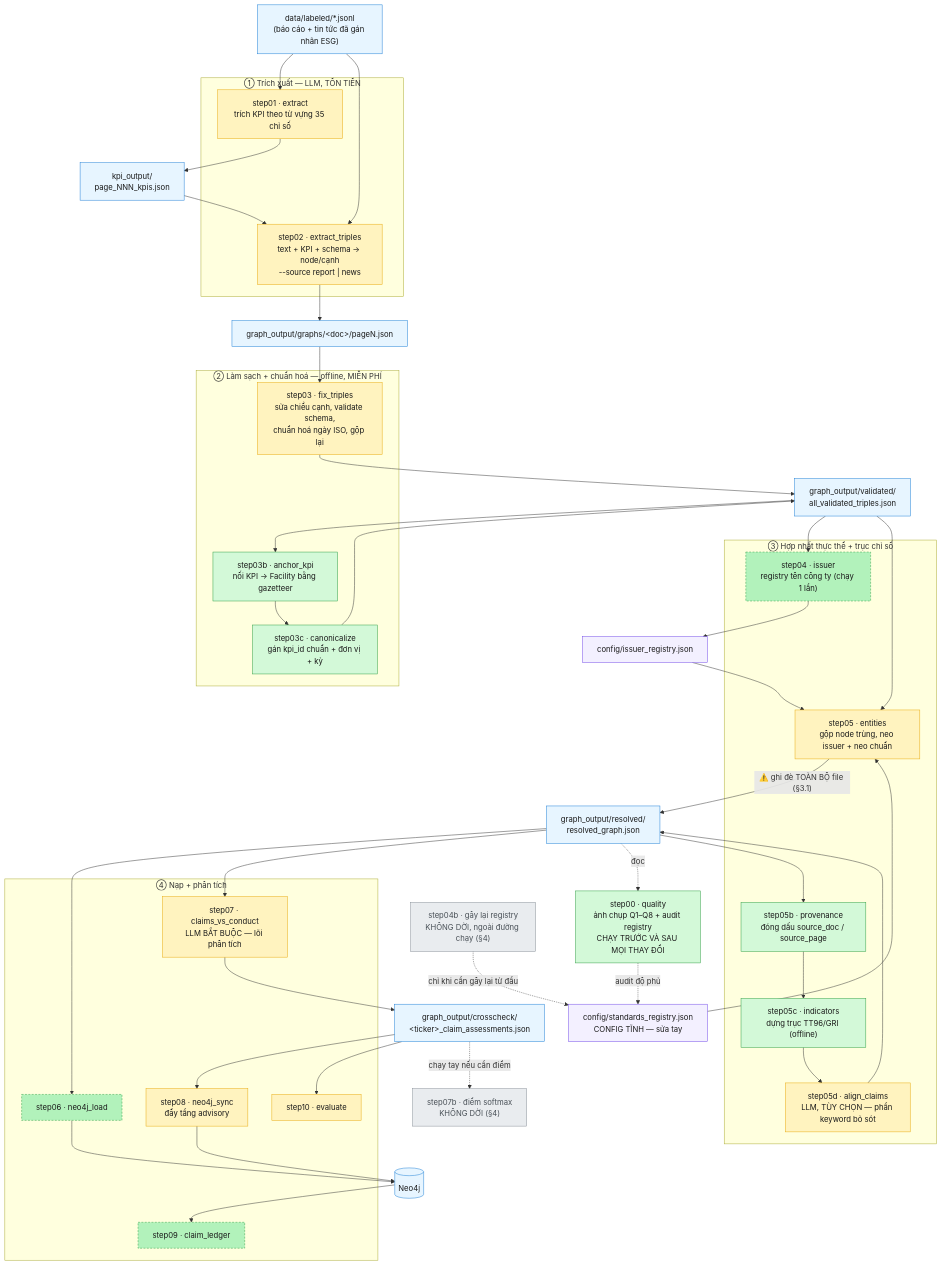
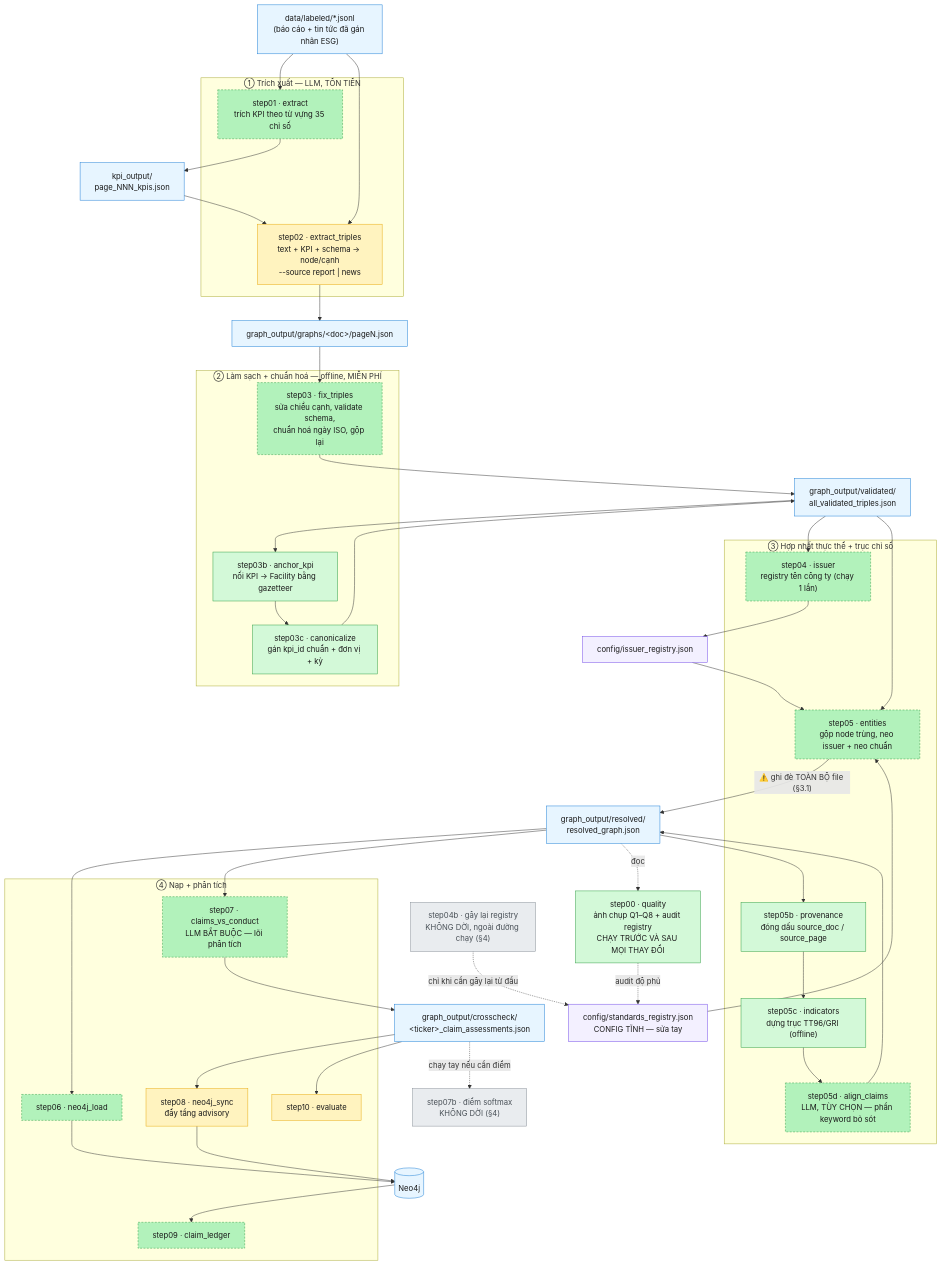
Before and after one commit to TranBaDat2607/capstone_test1: the first of 4 diagrams in src_module/PIPELINE.md, drawn with Mermaid. The commit also changed other lines of this file and 2 other files, not shown here.

First line of the commit message:
docs: record core/llm.py; fix the step01 and Gemini-provider claims

````diff
--- a/src_module/PIPELINE.md
+++ b/src_module/PIPELINE.md
@@ -21,72 +26,72 @@
 ```mermaid
 flowchart TD
     classDef migrated fill:#d3f9d8,stroke:#2f9e44,color:#1a1a1a
     classDef ready    fill:#b2f2bb,stroke:#2f9e44,stroke-dasharray:4 3,color:#1a1a1a
     classDef pending  fill:#fff3bf,stroke:#e8a90c,color:#1a1a1a
     classDef notport  fill:#e9ecef,stroke:#868e96,color:#495057
     classDef data     fill:#e7f5ff,stroke:#1c7ed6,color:#1a1a1a
     classDef cfg      fill:#f3f0ff,stroke:#7048e8,color:#1a1a1a
 
     JSONL["data/labeled/*.jsonl<br/>(báo cáo + tin tức đã gán nhãn ESG)"]:::data
 
     subgraph P1["① Trích xuất — LLM, TỐN TIỀN"]
-        S01["step01 · extract<br/>trích KPI theo từ vựng 35 chỉ số"]:::pending
+        S01["step01 · extract<br/>trích KPI theo từ vựng 35 chỉ số"]:::ready
         S02["step02 · extract_triples<br/>text + KPI + schema → node/cạnh<br/>--source report | news"]:::pending
     end
 
     KPIOUT["kpi_output/<br/>page_NNN_kpis.json"]:::data
     GRAPHS["graph_output/graphs/&lt;doc&gt;/pageN.json"]:::data
 
     subgraph P2["② Làm sạch + chuẩn hoá — offline, MIỄN PHÍ"]
-        S03["step03 · fix_triples<br/>sửa chiều cạnh, validate schema,<br/>chuẩn hoá ngày ISO, gộp lại"]:::pending
+        S03["step03 · fix_triples<br/>sửa chiều cạnh, validate schema,<br/>chuẩn hoá ngày ISO, gộp lại"]:::ready
         S03B["step03b · anchor_kpi<br/>nối KPI → Facility bằng gazetteer"]:::migrated
         S03C["step03c · canonicalize<br/>gán kpi_id chuẩn + đơn vị + kỳ"]:::migrated
     end
 
     VALID["graph_output/validated/<br/>all_validated_triples.json"]:::data
 
     subgraph P3["③ Hợp nhất thực thể + trục chỉ số"]
         S04["step04 · issuer<br/>registry tên công ty (chạy 1 lần)"]:::ready
-        S05["step05 · entities<br/>gộp node trùng, neo issuer + neo chuẩn"]:::pending
+        S05["step05 · entities<br/>gộp node trùng, neo issuer + neo chuẩn"]:::ready
         S05B["step05b · provenance<br/>đóng dấu source_doc / source_page"]:::migrated
         S05C["step05c · indicators<br/>dựng trục TT96/GRI (offline)"]:::migrated
-        S05D["step05d · align_claims<br/>LLM, TÙY CHỌN — phần keyword bỏ sót"]:::pending
+        S05D["step05d · align_claims<br/>LLM, TÙY CHỌN — phần keyword bỏ sót"]:::ready
     end
 
     RESOLVED["graph_output/resolved/<br/>resolved_graph.json"]:::data
 
     subgraph P4["④ Nạp + phân tích"]
         S06["step06 · neo4j_load"]:::ready
-        S07["step07 · claims_vs_conduct<br/>LLM BẮT BUỘC — lõi phân tích"]:::pending
+        S07["step07 · claims_vs_conduct<br/>LLM BẮT BUỘC — lõi phân tích"]:::ready
         S08["step08 · neo4j_sync<br/>đẩy tầng advisory"]:::pending
         S09["step09 · claim_ledger"]:::ready
         S10["step10 · evaluate"]:::pending
     end
 
     REGI["config/issuer_registry.json"]:::cfg
     REGS["config/standards_registry.json<br/>CONFIG TĨNH — sửa tay"]:::cfg
     DOSSIER["graph_output/crosscheck/<br/>&lt;ticker&gt;_claim_assessments.json"]:::data
     NEO[("Neo4j")]:::data
 
     S00["step00 · quality<br/>ảnh chụp Q1–Q8 + audit registry<br/>CHẠY TRƯỚC VÀ SAU MỌI THAY ĐỔI"]:::migrated
     S07B["step07b · điểm softmax<br/>KHÔNG DỜI (§4)"]:::notport
     S04B["step04b · gây lại registry<br/>KHÔNG DỜI, ngoài đường chạy (§4)"]:::notport
 
     JSONL --> S01 --> KPIOUT --> S02
     JSONL --> S02 --> GRAPHS --> S03 --> VALID
     VALID --> S03B --> S03C --> VALID
     VALID --> S04 --> REGI --> S05
     REGS --> S05
     VALID --> S05
     S05 -->|"⚠️ ghi đè TOÀN BỘ file (§3.1)"| RESOLVED
     RESOLVED --> S05B --> S05C --> S05D --> RESOLVED
     RESOLVED --> S06 --> NEO
     RESOLVED --> S07 --> DOSSIER --> S08 --> NEO
     NEO --> S09
     DOSSIER --> S10
 
     RESOLVED -.->|"đọc"| S00
     S00 -.->|"audit độ phủ"| REGS
     S04B -.->|"chỉ khi cần gây lại từ đầu"| REGS
     DOSSIER -.->|"chạy tay nếu cần điểm"| S07B
 ```
````
